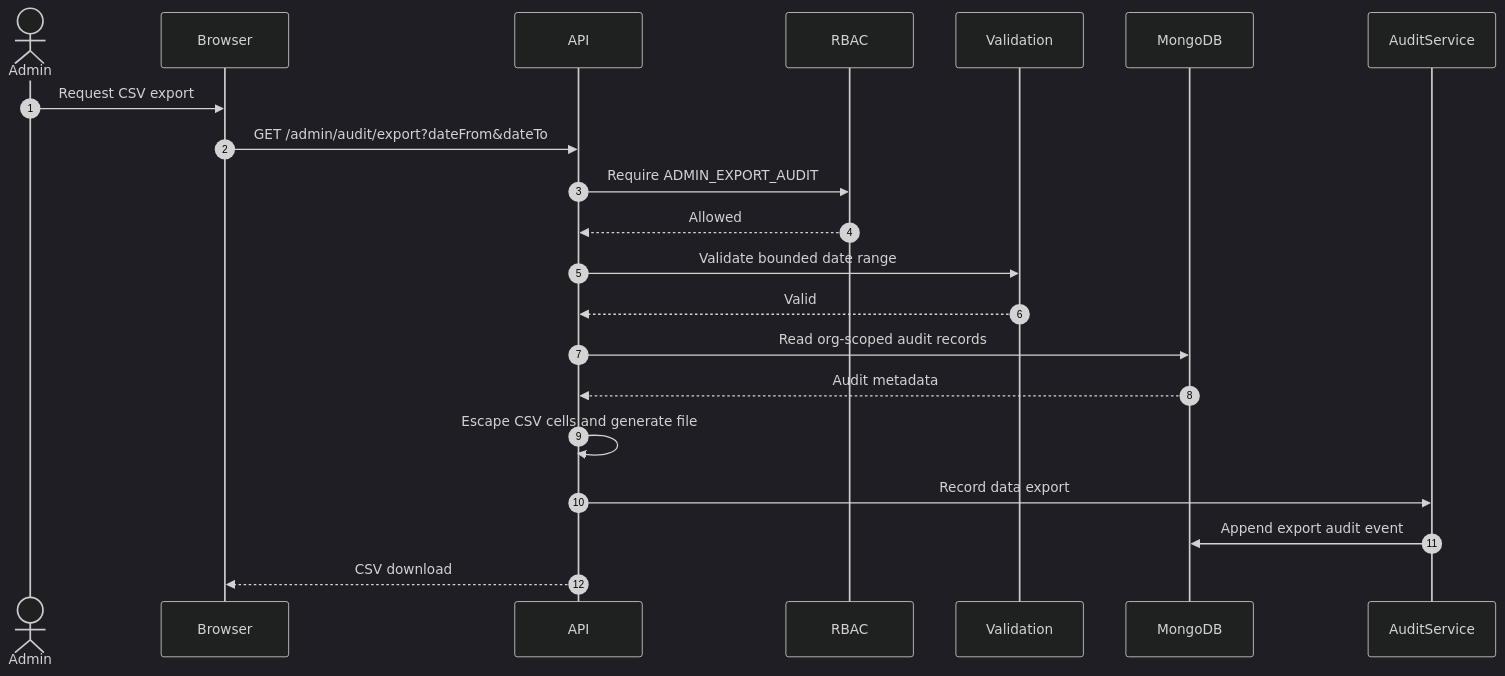
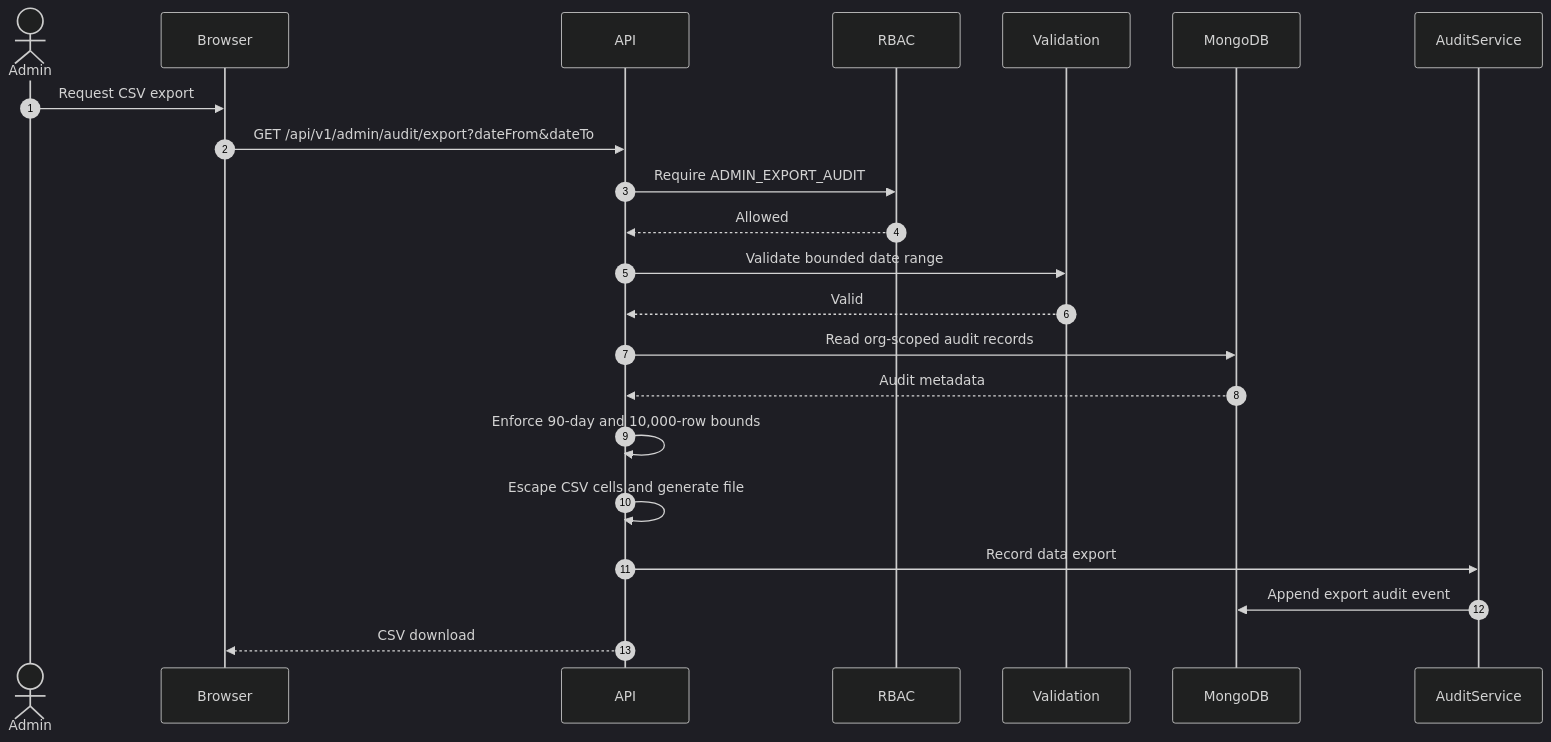
Before and after one commit to tarun5004/ProxyAi: diagram 26 of 37 in docs/12_SEQUENCE_DIAGRAMS.md, drawn with Mermaid (dark theme). The commit also changed other lines of this file and 13 other files, not shown here.

Commit message:
docs(phase9): resolve encryption audit and admin mutation contracts

````diff
--- a/docs/12_SEQUENCE_DIAGRAMS.md
+++ b/docs/12_SEQUENCE_DIAGRAMS.md
@@ -1110,24 +1118,25 @@
 ```mermaid
 sequenceDiagram
     autonumber
     actor Admin
     participant Browser
     participant API
     participant RBAC
     participant Validation
     participant MongoDB
     participant AuditService
 
     Admin->>Browser: Request CSV export
-    Browser->>API: GET /admin/audit/export?dateFrom&dateTo
+    Browser->>API: GET /api/v1/admin/audit/export?dateFrom&dateTo
     API->>RBAC: Require ADMIN_EXPORT_AUDIT
     RBAC-->>API: Allowed
     API->>Validation: Validate bounded date range
     Validation-->>API: Valid
     API->>MongoDB: Read org-scoped audit records
     MongoDB-->>API: Audit metadata
+    API->>API: Enforce 90-day and 10,000-row bounds
     API->>API: Escape CSV cells and generate file
     API->>AuditService: Record data export
     AuditService->>MongoDB: Append export audit event
     API-->>Browser: CSV download
 ```
````
